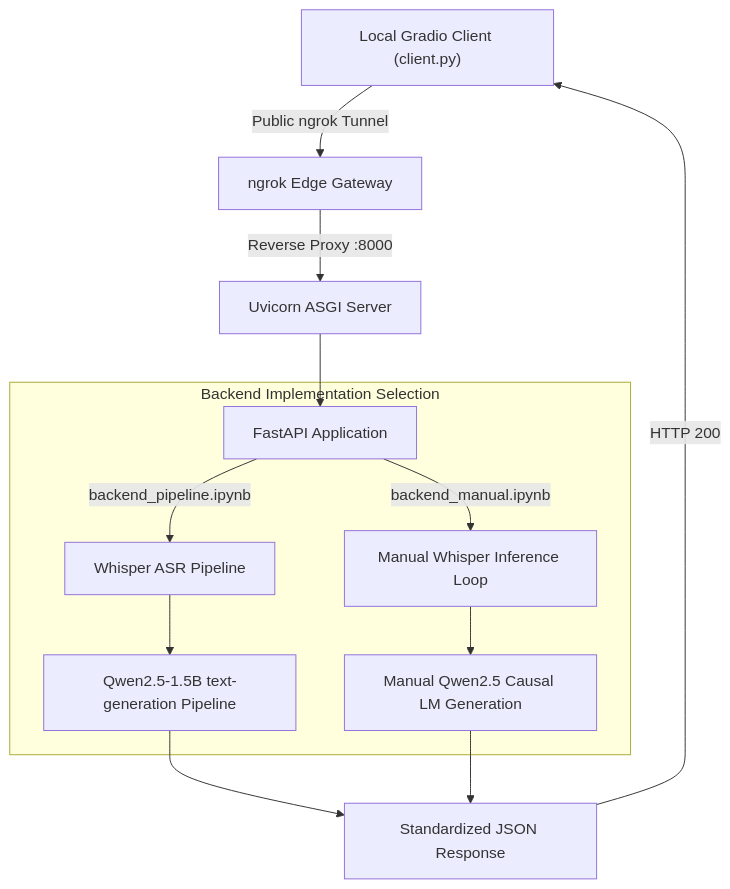
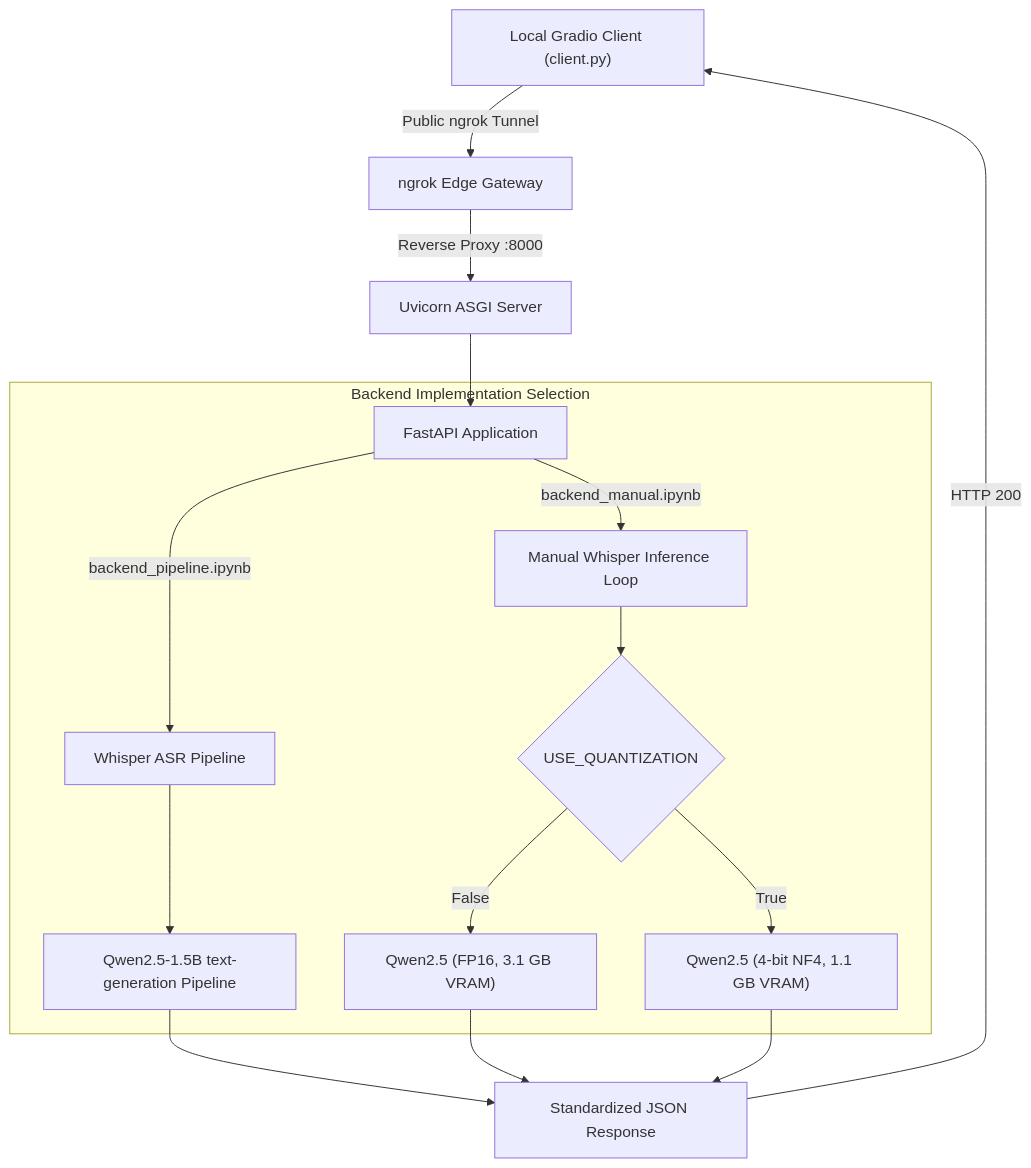
One commit to erlanggakpp/learning_llm_engineering changed the second of 2 diagrams in week_3/notebooks_explanation.md. Above: the diagram before and after it, drawn with Mermaid. The commit also changed other lines of this file and 9 other files, not shown here.

````diff
--- a/week_3/notebooks_explanation.md
+++ b/week_3/notebooks_explanation.md
@@ -126,18 +248,21 @@
 ```mermaid
 flowchart TD
     Client["Local Gradio Client (client.py)"] -->|Public ngrok Tunnel| Ngrok["ngrok Edge Gateway"]
     Ngrok -->|Reverse Proxy :8000| Uvicorn["Uvicorn ASGI Server"]
     Uvicorn --> FastAPI["FastAPI Application"]
 
     subgraph BackendChoice["Backend Implementation Selection"]
         FastAPI -->|backend_pipeline.ipynb| PipeASR["Whisper ASR Pipeline"]
         PipeASR --> PipeSUM["Qwen2.5-1.5B text-generation Pipeline"]
 
         FastAPI -->|backend_manual.ipynb| ManASR["Manual Whisper Inference Loop"]
-        ManASR --> ManSUM["Manual Qwen2.5 Causal LM Generation"]
+        ManASR --> QuantOption{"USE_QUANTIZATION"}
+        QuantOption -->|False| ManSUM_FP16["Qwen2.5 (FP16, 3.1 GB VRAM)"]
+        QuantOption -->|True| ManSUM_4bit["Qwen2.5 (4-bit NF4, 1.1 GB VRAM)"]
     end
 
     PipeSUM --> JSONOut["Standardized JSON Response"]
-    ManSUM --> JSONOut
+    ManSUM_FP16 --> JSONOut
+    ManSUM_4bit --> JSONOut
     JSONOut -->|HTTP 200| Client
 ```
````
